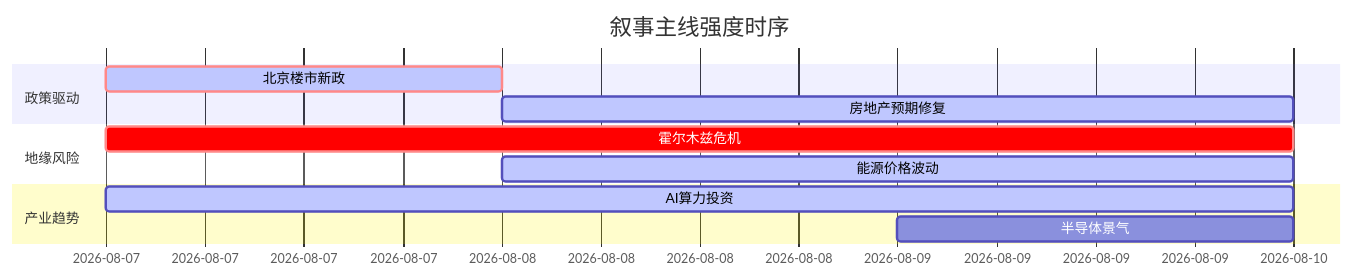
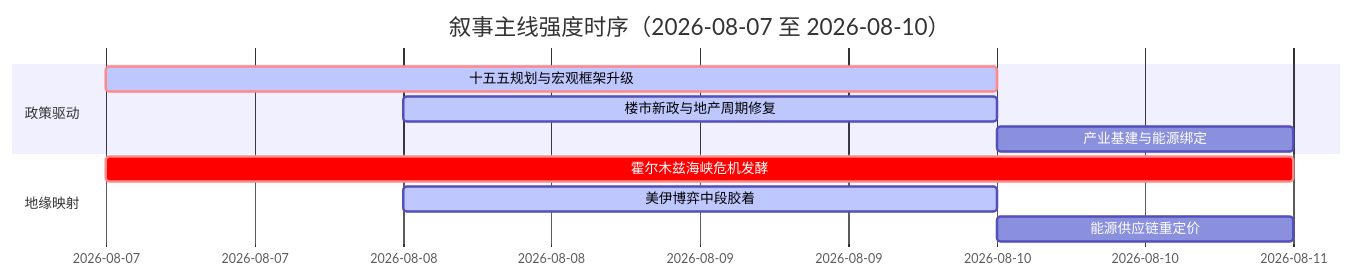
Before and after one commit to uu5zn/uu5zn.github.io: the diagram in 5day_report.md, drawn with Mermaid. The commit also changed other lines of this file and 20 other files, not shown here.

````diff
--- a/5day_report.md
+++ b/5day_report.md
@@ -56,16 +55,14 @@
 ```mermaid
 gantt
-    title 叙事主线强度时序
+    title 叙事主线强度时序（2026-08-07 至 2026-08-10）
     dateFormat YYYY-MM-DD
     section 政策驱动
-    北京楼市新政   :crit, active, 2026-08-07, 1d
-    房地产预期修复   :active, 2026-08-08, 2d
+    十五五规划与宏观框架升级   :crit, active, 2026-08-07, 3d
+    楼市新政与地产周期修复   :active, 2026-08-08, 2d
+    产业基建与能源绑定   :2026-08-10, 1d
     
-    section 地缘风险
-    霍尔木兹危机   :crit, 2026-08-07, 3d
-    能源价格波动   :active, 2026-08-08, 2d
-    
-    section 产业趋势
-    AI算力投资   :active, 2026-08-07, 3d
-    半导体景气   :2026-08-09, 1d
+    section 地缘映射
+    霍尔木兹海峡危机发酵   :crit, 2026-08-07, 4d
+    美伊博弈中段胶着   :active, 2026-08-08, 2d
+    能源供应链重定价   :2026-08-10, 1d
 ```
````
